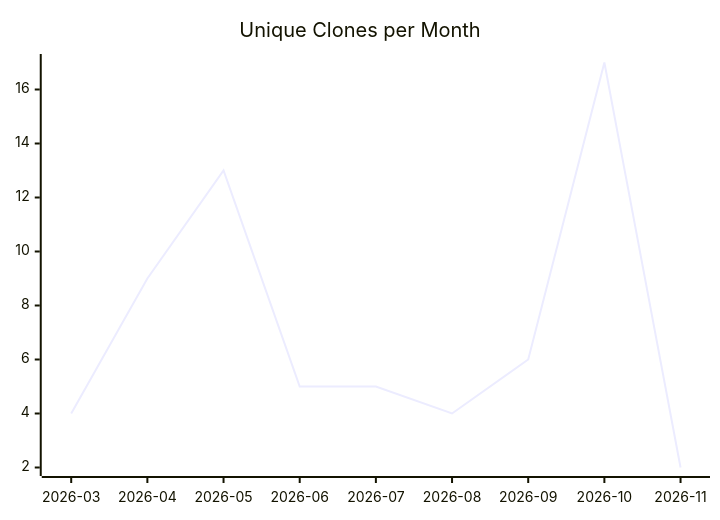
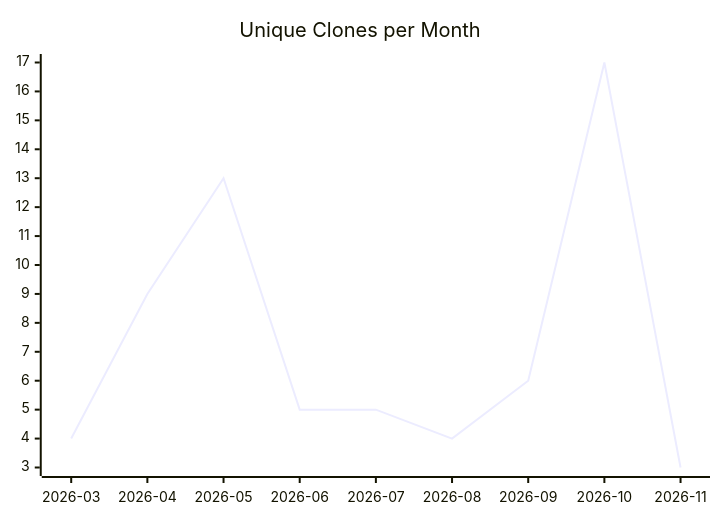
The third of 3 diagrams in karlmdavis/justdavis-puppet/README.md (justdavis-family/github-analytics-data), drawn with Mermaid before and after one commit. The commit also changed other lines of this file and 193 other files, not shown here.

````diff
--- a/karlmdavis/justdavis-puppet/README.md
+++ b/karlmdavis/justdavis-puppet/README.md
@@ -19,6 +19,6 @@
 ```mermaid
 xychart-beta
   title "Unique Clones per Month"
   x-axis ["2026-03", "2026-04", "2026-05", "2026-06", "2026-07", "2026-08", "2026-09", "2026-10", "2026-11"]
-  line [4, 9, 13, 5, 5, 4, 6, 17, 2]
+  line [4, 9, 13, 5, 5, 4, 6, 17, 3]
 ```
````
